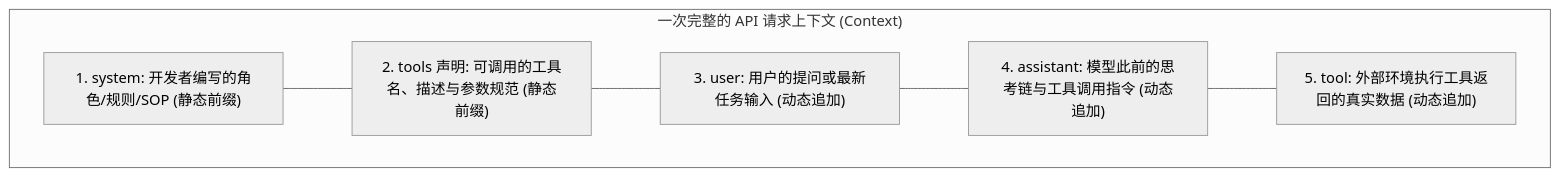
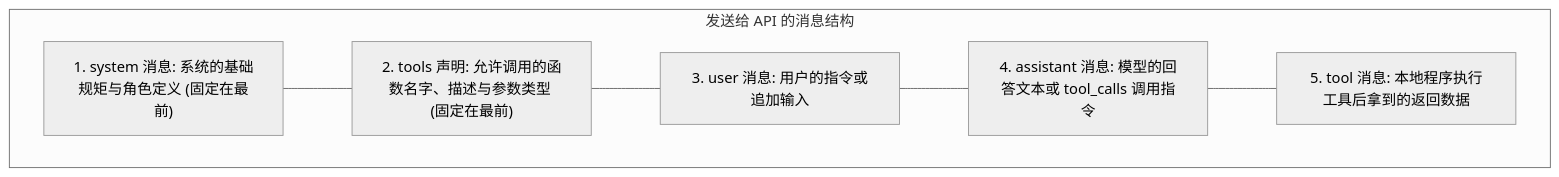
Before and after one commit to ljh12138164/ai-agent-study: the diagram in app/ch02-context/01-context-architecture-and-api/page.mdx, drawn with Mermaid (neutral theme). The commit also changed other lines of this file and 43 other files, not shown here.

````diff
--- a/app/ch02-context/01-context-architecture-and-api/page.mdx
+++ b/app/ch02-context/01-context-architecture-and-api/page.mdx
@@ -34,15 +28,15 @@
 ```mermaid
 flowchart TD
-    subgraph Request["一次完整的 API 请求上下文 (Context)"]
-        SP["1. system: 开发者编写的角色/规则/SOP (静态前缀)"]
-        TD["2. tools 声明: 可调用的工具名、描述与参数规范 (静态前缀)"]
-        UM["3. user: 用户的提问或最新任务输入 (动态追加)"]
-        AM["4. assistant: 模型此前的思考链与工具调用指令 (动态追加)"]
-        TR["5. tool: 外部环境执行工具返回的真实数据 (动态追加)"]
+    subgraph Request["发送给 API 的消息结构"]
+        SP["1. system 消息: 系统的基础规矩与角色定义 (固定在最前)"]
+        TD["2. tools 声明: 允许调用的函数名字、描述与参数类型 (固定在最前)"]
+        UM["3. user 消息: 用户的指令或追加输入"]
+        AM["4. assistant 消息: 模型的回答文本或 tool_calls 调用指令"]
+        TR["5. tool 消息: 本地程序执行工具后拿到的返回数据"]
     end
 
     SP --- TD
     TD --- UM
     UM --- AM
     AM --- TR
 ```
````
